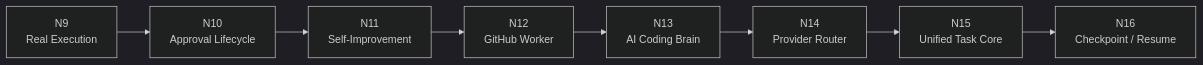
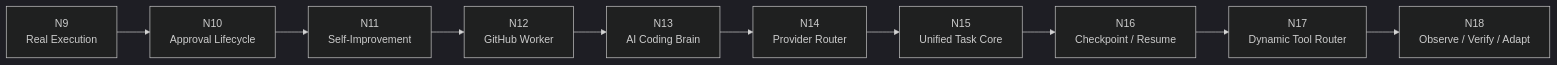
One commit to Pappu246/autonomous-ai-scout changed the second of 6 diagrams in README.md. Above: the diagram before and after it, drawn with Mermaid (dark theme). The commit also changed other lines of this file and 5 other files, not shown here.

First line of the commit message:
feat(N18): observe retry replan adapt loop

````diff
--- a/README.md
+++ b/README.md
@@ -113,13 +114,15 @@
 ```mermaid
 flowchart LR
     N9["N9<br/>Real Execution"]
     N10["N10<br/>Approval Lifecycle"]
     N11["N11<br/>Self-Improvement"]
     N12["N12<br/>GitHub Worker"]
     N13["N13<br/>AI Coding Brain"]
     N14["N14<br/>Provider Router"]
     N15["N15<br/>Unified Task Core"]
     N16["N16<br/>Checkpoint / Resume"]
+    N17["N17<br/>Dynamic Tool Router"]
+    N18["N18<br/>Observe / Verify / Adapt"]
 
-    N9 --> N10 --> N11 --> N12 --> N13 --> N14 --> N15 --> N16
+    N9 --> N10 --> N11 --> N12 --> N13 --> N14 --> N15 --> N16 --> N17 --> N18
 ```
````
